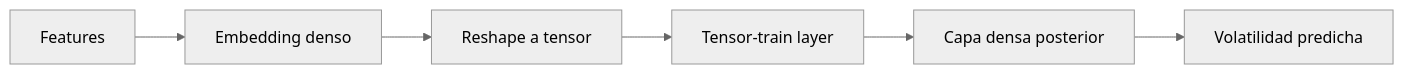
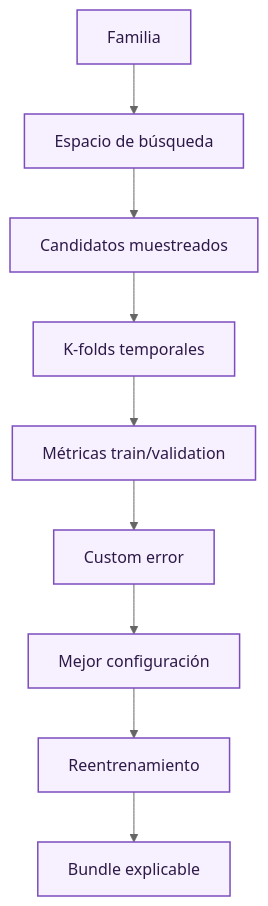
Before and after one commit to epiblasfunds/options-pricing: the second of 2 diagrams in doc/docs/models/families.md, drawn with Mermaid (neutral theme). The commit also changed other lines of this file and 104 other files, not shown here.

````diff
--- a/doc/docs/models/families.md
+++ b/doc/docs/models/families.md
@@ -125,8 +43,13 @@
 ```mermaid
-flowchart LR
-    A[Features] --> B[Embedding denso]
-    B --> C[Reshape a tensor]
-    C --> D[Tensor-train layer]
-    D --> E[Capa densa posterior]
-    E --> F[Volatilidad predicha]
+flowchart TD
+    A[Familia] --> B[Espacio de búsqueda]
+    B --> C[Candidatos muestreados]
+    C --> D[K-folds temporales]
+    D --> E[Métricas train/validation]
+    E --> F[Custom error]
+    F --> G[Mejor configuración]
+    G --> H[Reentrenamiento]
+    H --> I[Bundle explicable]
+    classDef process fill:#f7f1ff,stroke:#7c4dbe,stroke-width:1.5px,color:#2d1948;
+    class A,B,C,D,E,F,G,H,I process;
 ```
````
